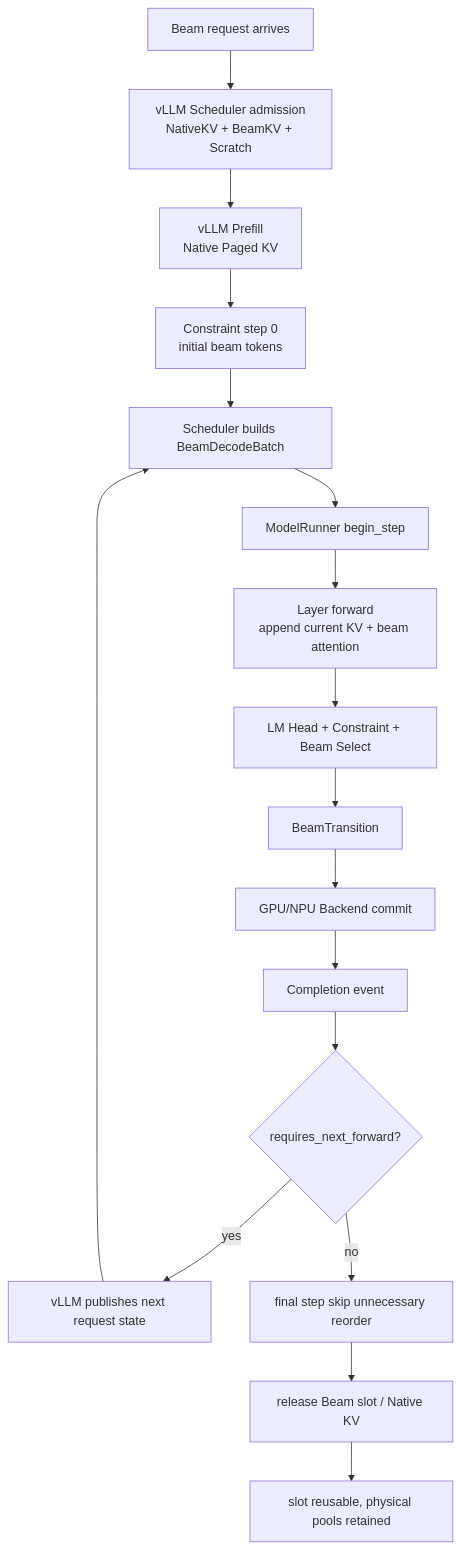
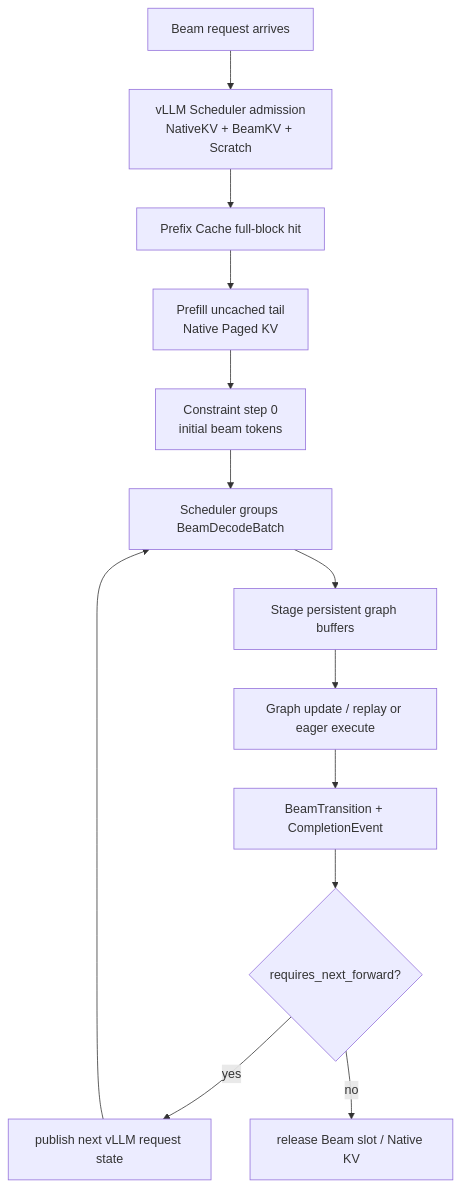
Before and after one commit to zhanghanleo10/gr-related: the sixth of 9 diagrams in GR/beam_incremental_decode_unified_architecture_design.md, drawn with Mermaid. The commit also changed other lines of this file, not shown here.

Commit message:
docs: integrate ACS ACLGraph and prefill tail design

````diff
--- a/GR/beam_incremental_decode_unified_architecture_design.md
+++ b/GR/beam_incremental_decode_unified_architecture_design.md
@@ -528,23 +558,19 @@
 ```mermaid
 flowchart TB
     A["Beam request arrives"]
     B["vLLM Scheduler admission<br/>NativeKV + BeamKV + Scratch"]
-    C["vLLM Prefill<br/>Native Paged KV"]
-    D["Constraint step 0<br/>initial beam tokens"]
-    E["Scheduler builds BeamDecodeBatch"]
-    F["ModelRunner begin_step"]
-    G["Layer forward<br/>append current KV + beam attention"]
-    H["LM Head + Constraint + Beam Select"]
-    I["BeamTransition"]
-    J["GPU/NPU Backend commit"]
-    K["Completion event"]
-    L{"requires_next_forward?"}
-    M["vLLM publishes next request state"]
-    N["final step skip unnecessary reorder"]
-    O["release Beam slot / Native KV"]
-    P["slot reusable, physical pools retained"]
+    C["Prefix Cache full-block hit"]
+    D["Prefill uncached tail<br/>Native Paged KV"]
+    E["Constraint step 0<br/>initial beam tokens"]
+    F["Scheduler groups BeamDecodeBatch"]
+    G["Stage persistent graph buffers"]
+    H["Graph update / replay or eager execute"]
+    I["BeamTransition + CompletionEvent"]
+    J{"requires_next_forward?"}
+    K["publish next vLLM request state"]
+    L["release Beam slot / Native KV"]
 
-    A --> B --> C --> D --> E --> F --> G --> H --> I --> J --> K --> L
-    L -->|yes| M --> E
-    L -->|no| N --> O --> P
+    A --> B --> C --> D --> E --> F --> G --> H --> I --> J
+    J -->|yes| K --> F
+    J -->|no| L
 ```
````
